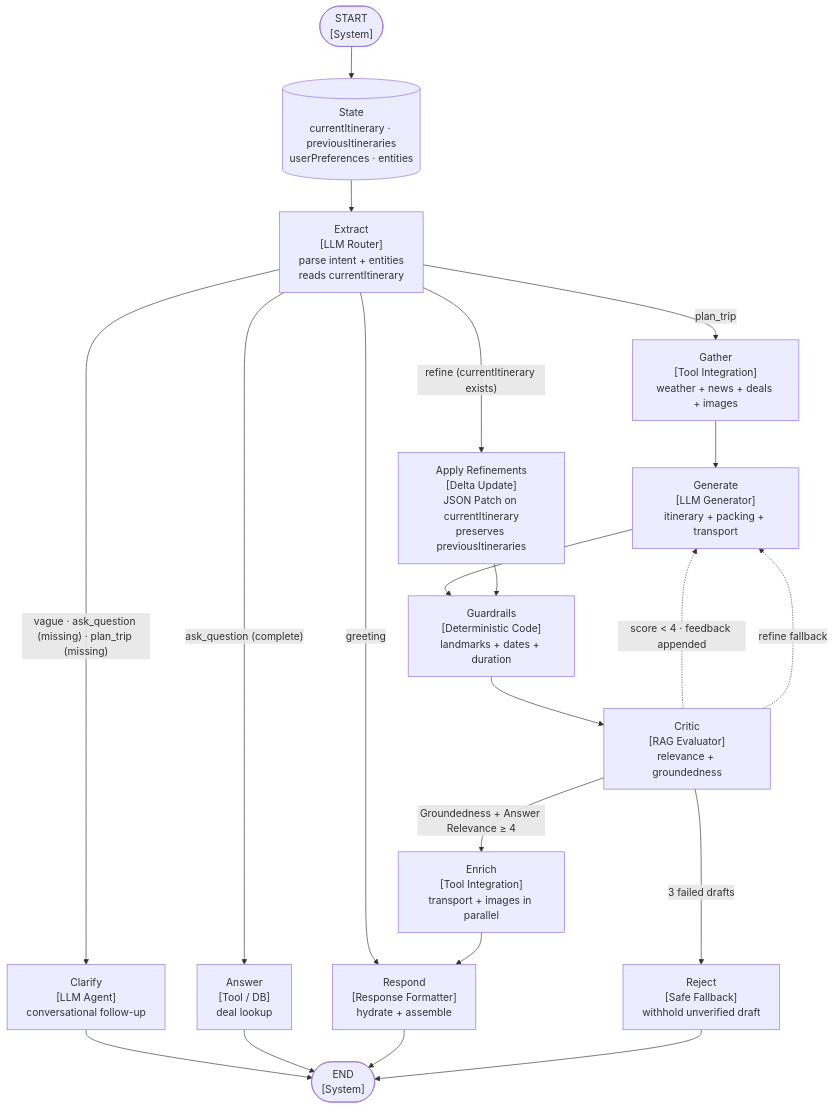
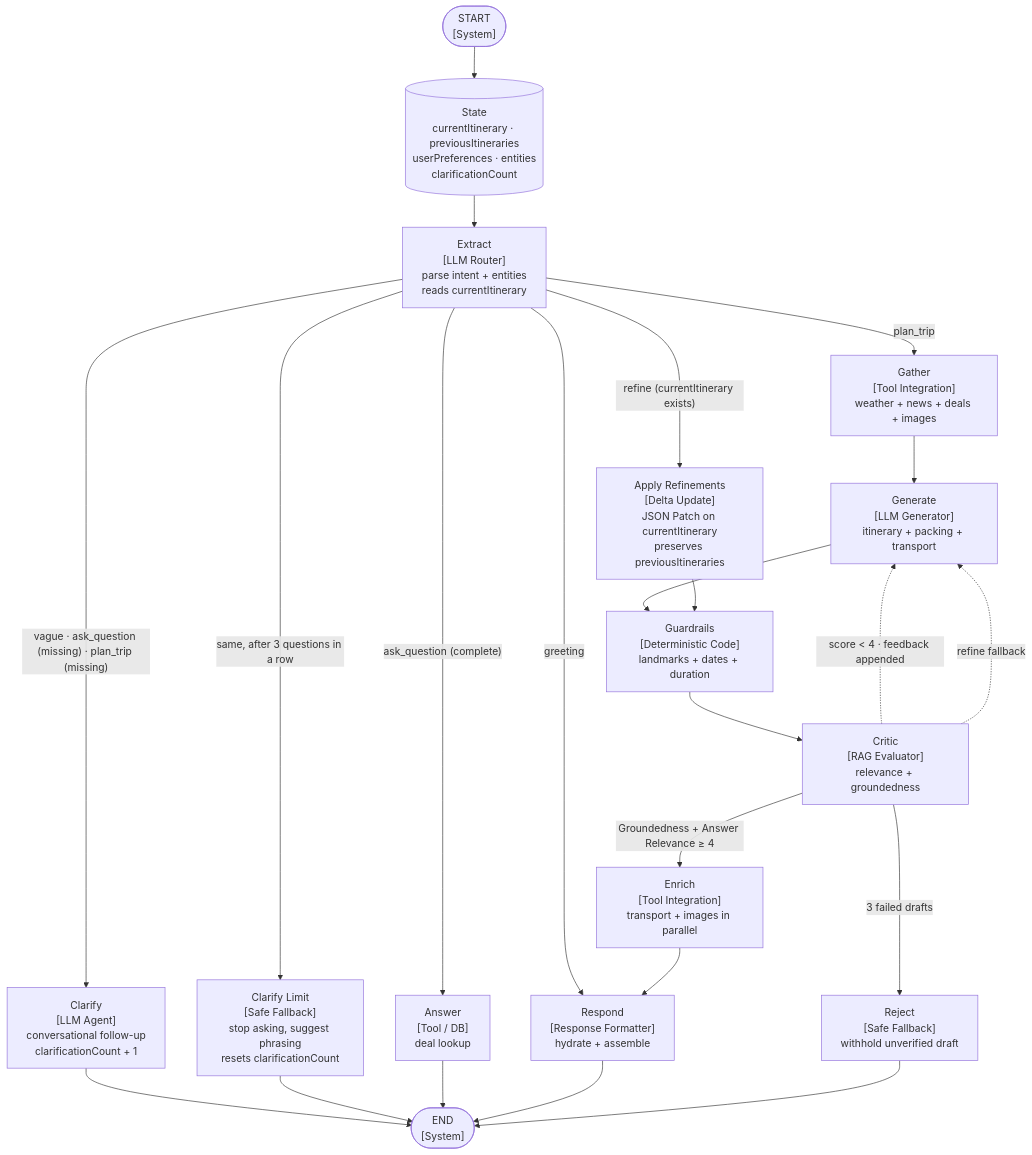
Before and after one commit to hadileonard08/jalan: the diagram in README.md, drawn with Mermaid. The commit also changed other lines of this file, not shown here.

First line of the commit message:
README: document multiplayer collaboration, invites, and the clarify guard.

````diff
--- a/README.md
+++ b/README.md
@@ -63,52 +66,55 @@
 ```mermaid
 flowchart TD
     START(["START<br/>[System]"])
     END(["END<br/>[System]"])
 
-    state[("State<br/>currentItinerary · previousItineraries<br/>userPreferences · entities")]
+    state[("State<br/>currentItinerary · previousItineraries<br/>userPreferences · entities<br/>clarificationCount")]
     extract["Extract<br/>[LLM Router]<br/>parse intent + entities<br/>reads currentItinerary"]
-    clarify["Clarify<br/>[LLM Agent]<br/>conversational follow-up"]
+    clarify["Clarify<br/>[LLM Agent]<br/>conversational follow-up<br/>clarificationCount + 1"]
+    clarifyLimit["Clarify Limit<br/>[Safe Fallback]<br/>stop asking, suggest phrasing<br/>resets clarificationCount"]
     gather["Gather<br/>[Tool Integration]<br/>weather + news + deals + images"]
     generate["Generate<br/>[LLM Generator]<br/>itinerary + packing + transport"]
     applyRefinements["Apply Refinements<br/>[Delta Update]<br/>JSON Patch on currentItinerary<br/>preserves previousItineraries"]
     guardrails["Guardrails<br/>[Deterministic Code]<br/>landmarks + dates + duration"]
     critic["Critic<br/>[RAG Evaluator]<br/>relevance + groundedness"]
     enrich["Enrich<br/>[Tool Integration]<br/>transport + images in parallel"]
     answer["Answer<br/>[Tool / DB]<br/>deal lookup"]
     respond["Respond<br/>[Response Formatter]<br/>hydrate + assemble"]
     reject["Reject<br/>[Safe Fallback]<br/>withhold unverified draft"]
 
     %% Entry
     START --> state
     state --> extract
 
     %% Extract routing — consolidated labels to avoid overlap
     extract -->|"greeting"| respond
     extract -->|"vague · ask_question (missing) · plan_trip (missing)"| clarify
+    extract -->|"same, after 3 questions in a row"| clarifyLimit
     extract -->|"ask_question (complete)"| answer
     extract -->|"plan_trip"| gather
     extract -->|"refine (currentItinerary exists)"| applyRefinements
 
     %% Clarifications and direct answers are already final responses
     clarify --> END
+    clarifyLimit --> END
     answer --> END
 
-    %% Main pipeline
+    %% Main pipeline — Gather clears the clarification streak
     gather --> generate
     generate --> guardrails
     applyRefinements --> guardrails
     guardrails --> critic
 
     %% Critic routing — approval goes to enrichment; rejection loops back to generation
     critic -->|"Groundedness + Answer Relevance ≥ 4"| enrich
     critic -.->|"score < 4 · feedback appended"| generate
     critic -.->|"refine fallback"| generate
     critic -->|"3 failed drafts"| reject
 
     %% Enrichment runs transport + images concurrently, then responds
     enrich --> respond
 
     %% Terminal
     respond --> END
     reject --> END
 ```
````
